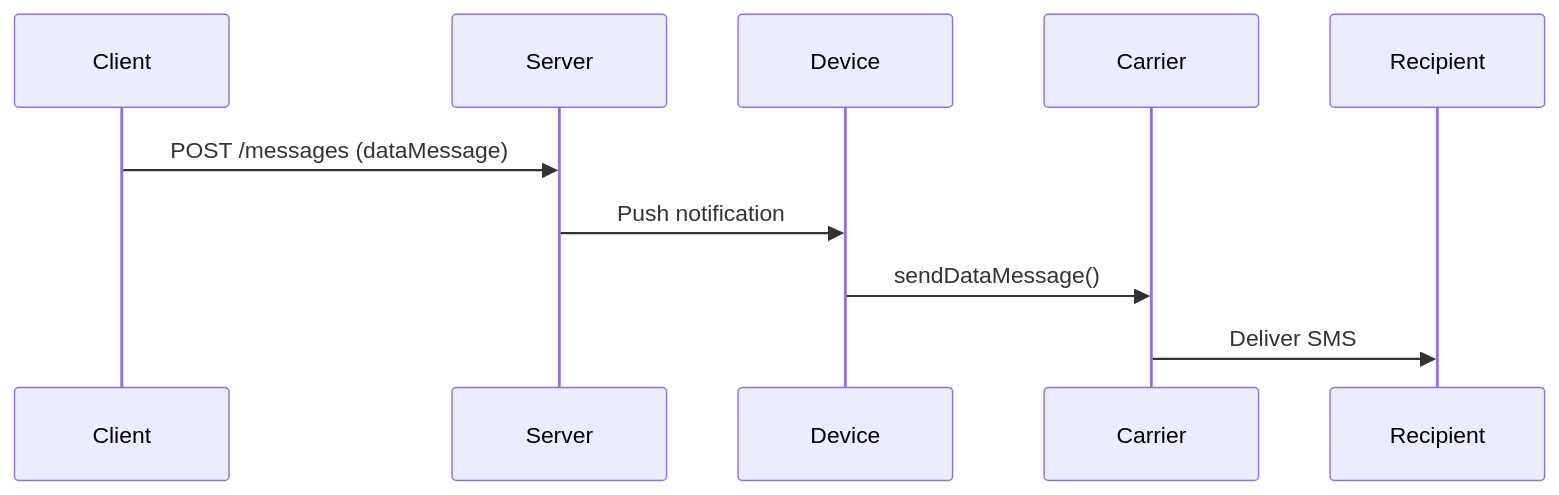
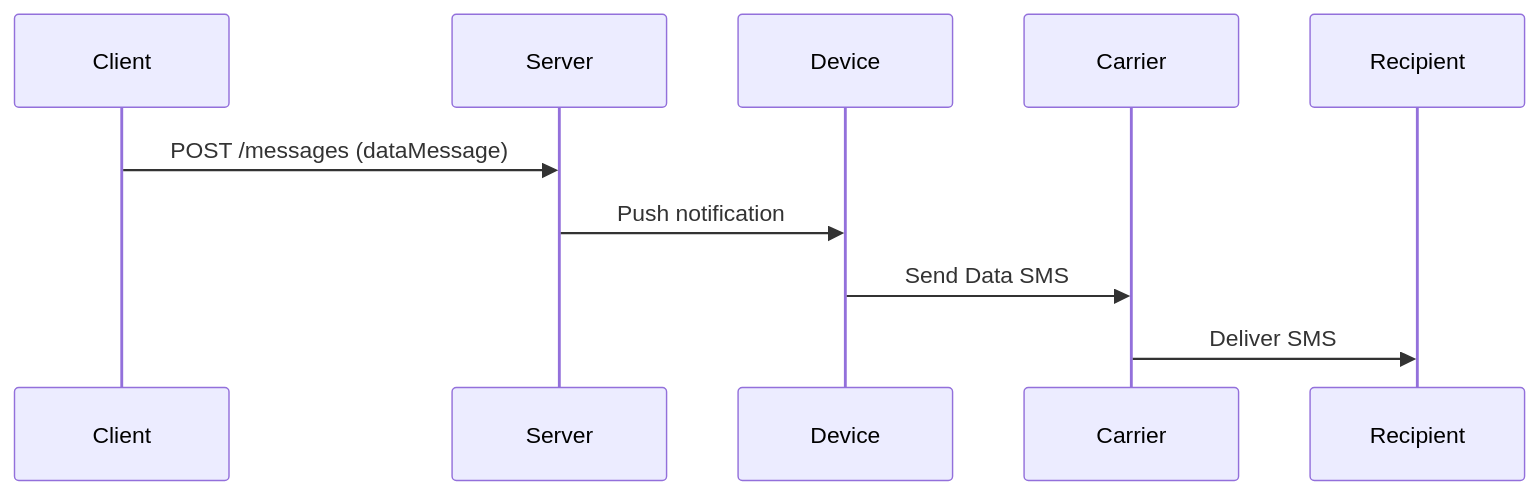
Before and after one commit to android-sms-gateway/docs-web: the first of 2 diagrams in docs/features/data-sms.md, drawn with Mermaid. The commit also changed other lines of this file and 1 other file, not shown here.

````diff
--- a/docs/features/data-sms.md
+++ b/docs/features/data-sms.md
@@ -37,10 +37,10 @@
 ```mermaid
 sequenceDiagram
     participant Client
     participant Server
     participant Device
     Client->>Server: POST /messages (dataMessage)
     Server->>Device: Push notification
-    Device->>Carrier: sendDataMessage()
+    Device->>Carrier: Send Data SMS
     Carrier->>Recipient: Deliver SMS
 ```
````
